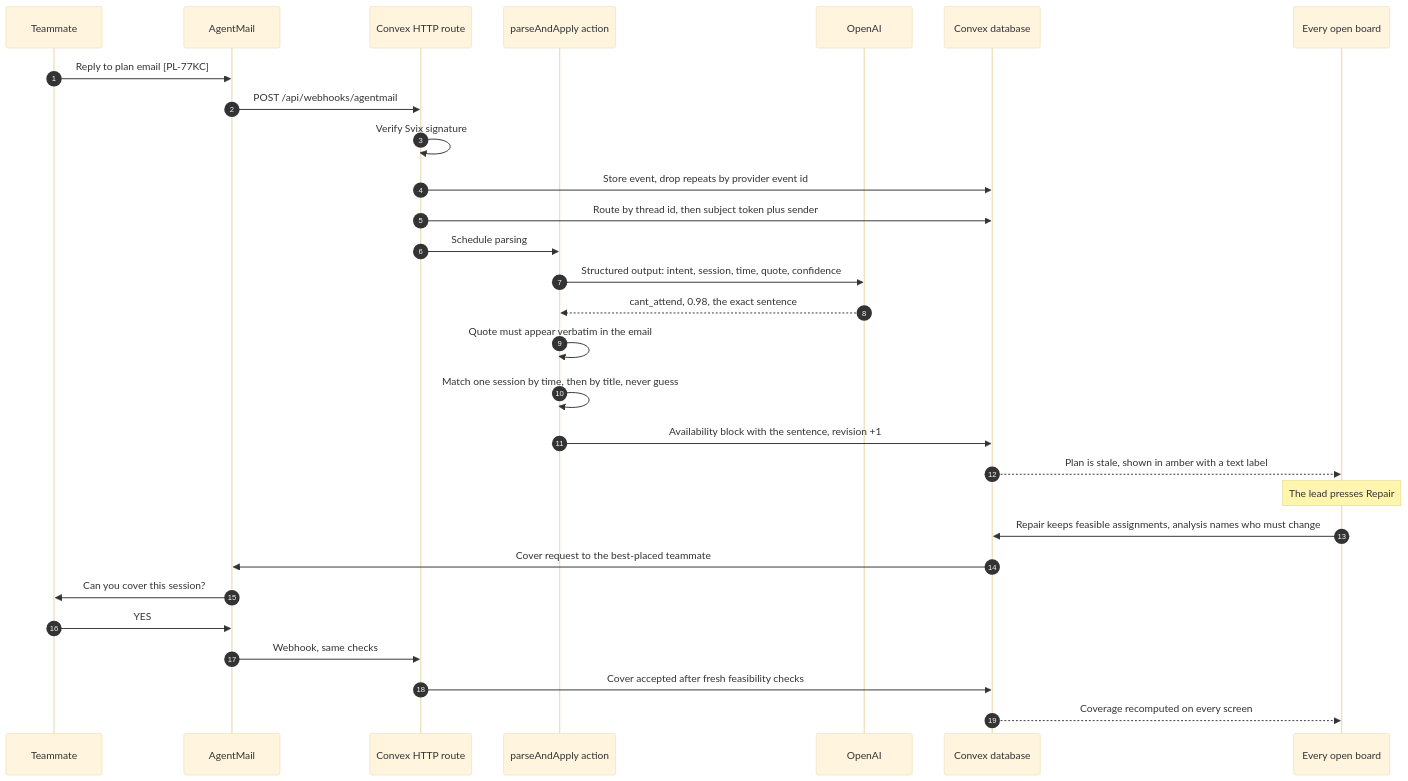
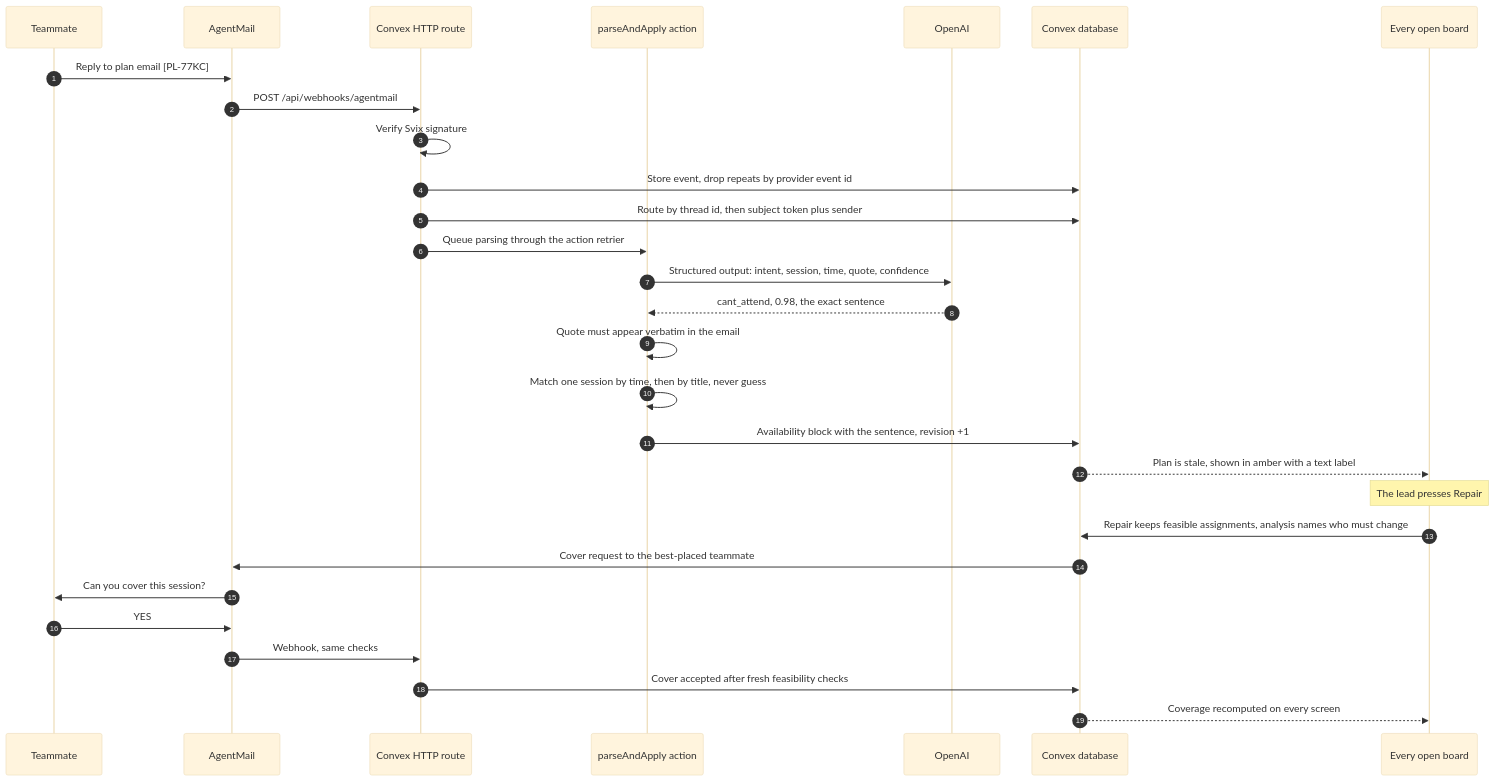
One commit to Enoch208/parallel changed the fourth of 7 diagrams in README.md. Above: the diagram before and after it, drawn with Mermaid (base theme). The commit also changed other lines of this file and 1 other file, not shown here.

First line of the commit message:
docs: list the rate limiter and action retrier for exactly what they protect

````diff
--- a/README.md
+++ b/README.md
@@ -223,32 +225,32 @@
 ```mermaid
 sequenceDiagram
     autonumber
     participant T as Teammate
     participant AM as AgentMail
     participant H as Convex HTTP route
     participant P as parseAndApply action
     participant AI as OpenAI
     participant DB as Convex database
     participant B as Every open board
 
     T->>AM: Reply to plan email [PL-77KC]
     AM->>H: POST /api/webhooks/agentmail
     H->>H: Verify Svix signature
     H->>DB: Store event, drop repeats by provider event id
     H->>DB: Route by thread id, then subject token plus sender
-    H->>P: Schedule parsing
+    H->>P: Queue parsing through the action retrier
     P->>AI: Structured output: intent, session, time, quote, confidence
     AI-->>P: cant_attend, 0.98, the exact sentence
     P->>P: Quote must appear verbatim in the email
     P->>P: Match one session by time, then by title, never guess
     P->>DB: Availability block with the sentence, revision +1
     DB-->>B: Plan is stale, shown in amber with a text label
     Note over B: The lead presses Repair
     B->>DB: Repair keeps feasible assignments, analysis names who must change
     DB->>AM: Cover request to the best-placed teammate
     AM->>T: Can you cover this session?
     T->>AM: YES
     AM->>H: Webhook, same checks
     H->>DB: Cover accepted after fresh feasibility checks
     DB-->>B: Coverage recomputed on every screen
 ```
````
